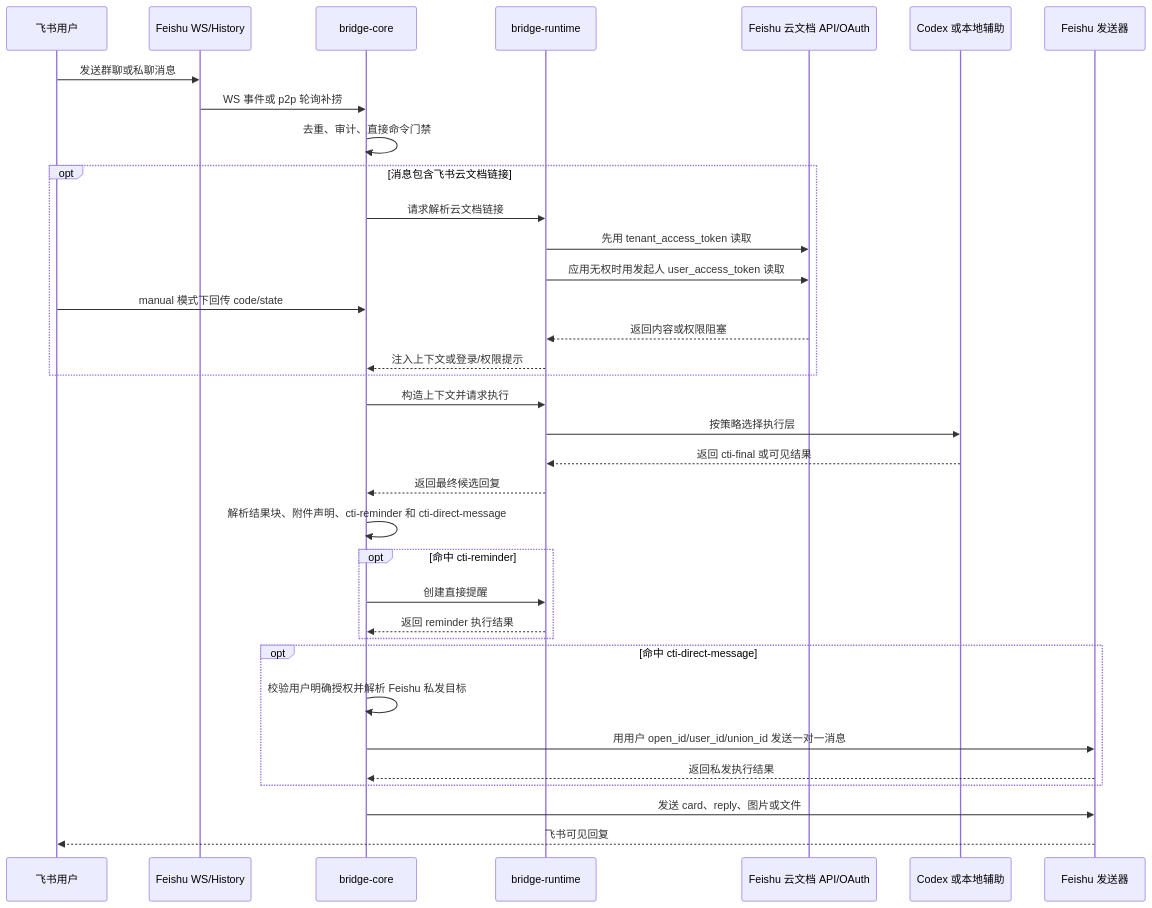
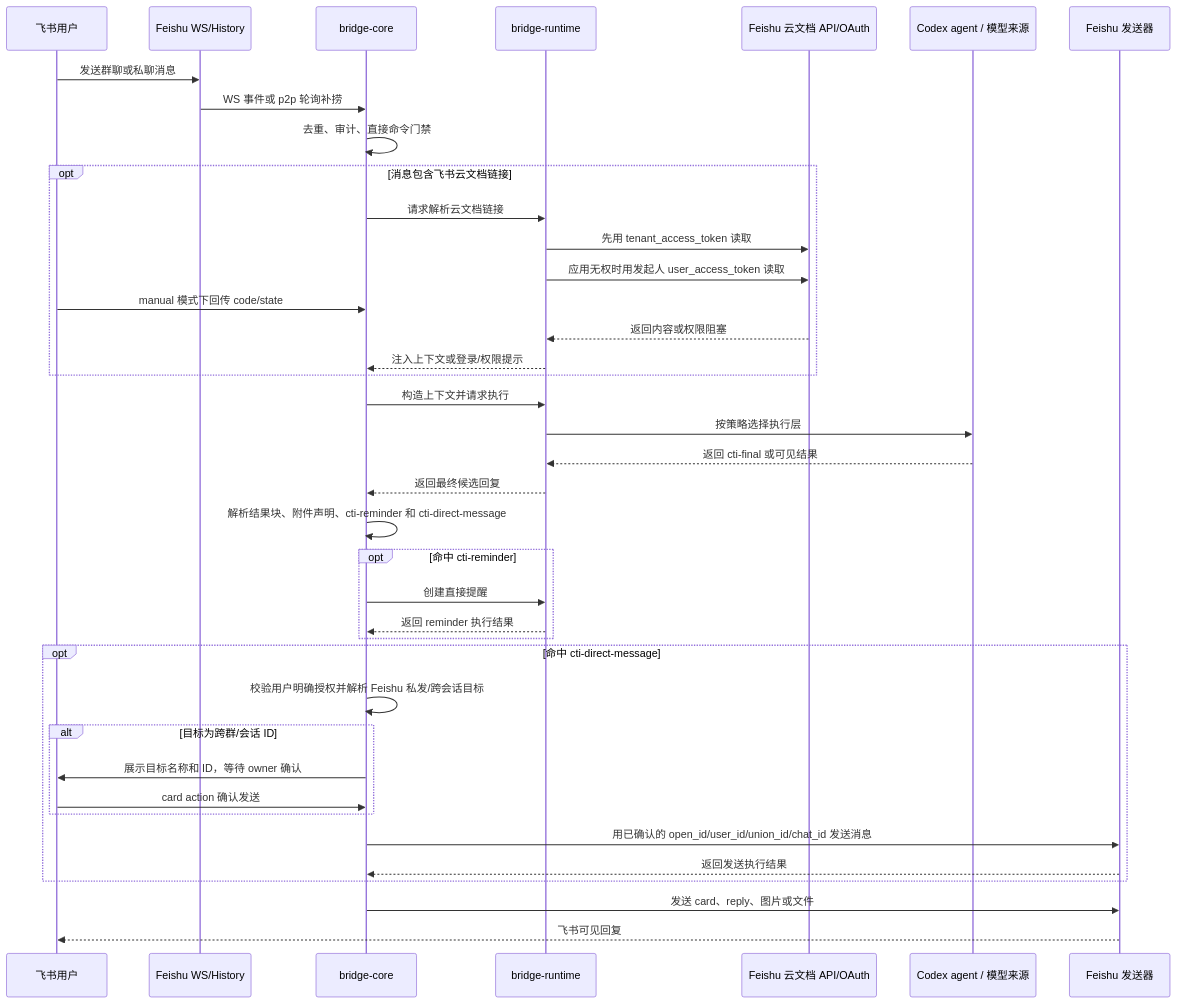
One commit to dddfuxi/codex-im-suite changed the third of 9 diagrams in docs/PROJECT-ARCHITECTURE.md. Above: the diagram before and after it, drawn with Mermaid. The commit also changed other lines of this file and 229 other files, not shown here.

First line of the commit message:
improve Feishu agent routing and delivery

````diff
--- a/docs/PROJECT-ARCHITECTURE.md
+++ b/docs/PROJECT-ARCHITECTURE.md
@@ -101,38 +112,42 @@
 ```mermaid
 sequenceDiagram
   participant User as 飞书用户
   participant Feishu as Feishu WS/History
   participant Core as bridge-core
   participant Runtime as bridge-runtime
   participant Cloud as Feishu 云文档 API/OAuth
-  participant Provider as Codex 或本地辅助
+  participant Provider as Codex agent / 模型来源
   participant Sender as Feishu 发送器
 
   User->>Feishu: 发送群聊或私聊消息
   Feishu->>Core: WS 事件或 p2p 轮询补捞
   Core->>Core: 去重、审计、直接命令门禁
   opt 消息包含飞书云文档链接
     Core->>Runtime: 请求解析云文档链接
     Runtime->>Cloud: 先用 tenant_access_token 读取
     Runtime->>Cloud: 应用无权时用发起人 user_access_token 读取
     User->>Core: manual 模式下回传 code/state
     Cloud-->>Runtime: 返回内容或权限阻塞
     Runtime-->>Core: 注入上下文或登录/权限提示
   end
   Core->>Runtime: 构造上下文并请求执行
   Runtime->>Provider: 按策略选择执行层
   Provider-->>Runtime: 返回 cti-final 或可见结果
   Runtime-->>Core: 返回最终候选回复
   Core->>Core: 解析结果块、附件声明、cti-reminder 和 cti-direct-message
   opt 命中 cti-reminder
     Core->>Runtime: 创建直接提醒
     Runtime-->>Core: 返回 reminder 执行结果
   end
   opt 命中 cti-direct-message
-    Core->>Core: 校验用户明确授权并解析 Feishu 私发目标
-    Core->>Sender: 用用户 open_id/user_id/union_id 发送一对一消息
-    Sender-->>Core: 返回私发执行结果
+    Core->>Core: 校验用户明确授权并解析 Feishu 私发/跨会话目标
+    alt 目标为跨群/会话 ID
+      Core->>User: 展示目标名称和 ID，等待 owner 确认
+      User->>Core: card action 确认发送
+    end
+    Core->>Sender: 用已确认的 open_id/user_id/union_id/chat_id 发送消息
+    Sender-->>Core: 返回发送执行结果
   end
   Core->>Sender: 发送 card、reply、图片或文件
   Sender-->>User: 飞书可见回复
 ```
````
